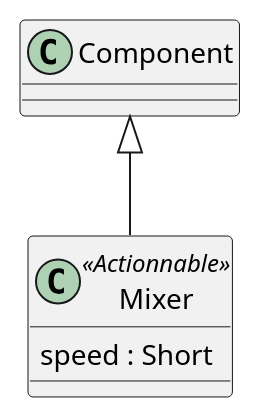
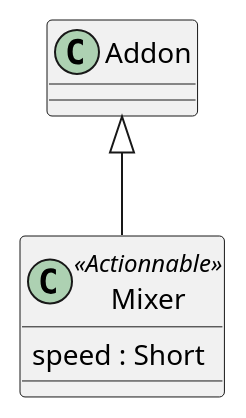
The diagram in src/class/include/mixer.iuml (beerfactory/brewbox-uml), drawn with PlantUML before and after one commit. The commit also changed 34 other files, not shown here.

```diff
--- a/src/class/include/mixer.iuml
+++ b/src/class/include/mixer.iuml
@@ -1,5 +1,5 @@
 class Mixer <<Actionnable>> {
     speed : Short
 }
 
-Component <|-- Mixer
+Addon <|-- Mixer
```
